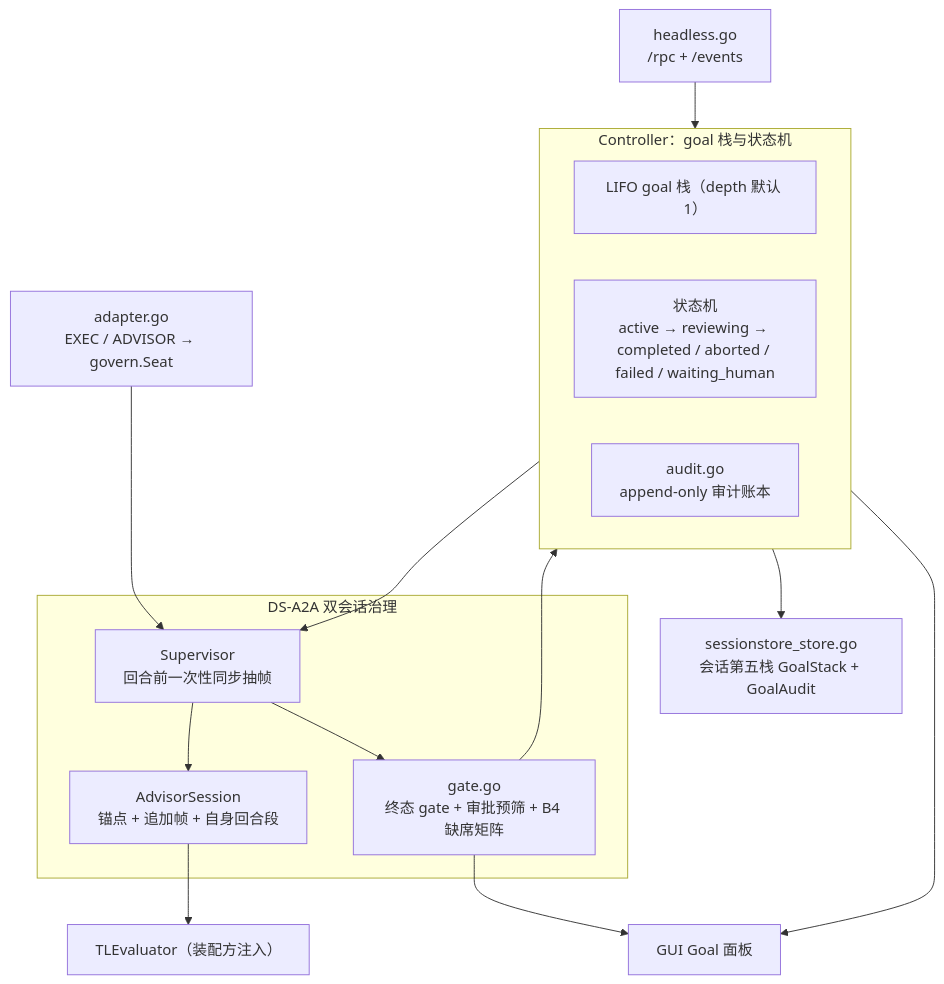
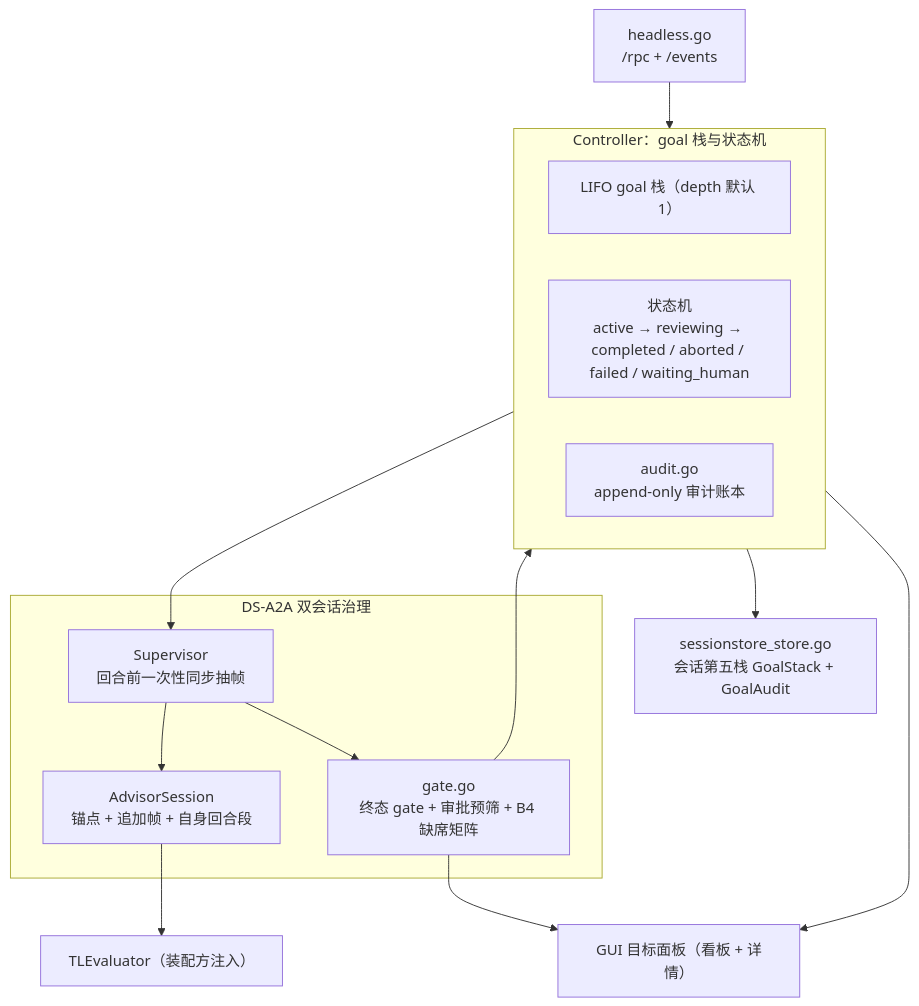
One commit to RedHuang-0622/seelex changed the first of 3 diagrams in application/core/goal/README.md. Above: the diagram before and after it, drawn with Mermaid. The commit also changed other lines of this file and 77 other files, not shown here.

First line of the commit message:
refactor(core,seelebridge,gui,tui,docs): goal 席位轮转彻底退场 + 旧 goal 残余整肃 + 工作台目标看板

````diff
--- a/application/core/goal/README.md
+++ b/application/core/goal/README.md
@@ -55,31 +58,29 @@
 ```mermaid
 flowchart TB
     subgraph CTRL["Controller：goal 栈与状态机"]
         STACK["LIFO goal 栈（depth 默认 1）"]
         SM["状态机<br/>active → reviewing → completed / aborted / failed / waiting_human"]
         AUDIT["audit.go<br/>append-only 审计账本"]
     end
 
     subgraph DSA2A["DS-A2A 双会话治理"]
         SUP["Supervisor<br/>回合前一次性同步抽帧"]
         ADV["AdvisorSession<br/>锚点 + 追加帧 + 自身回合段"]
         GATE["gate.go<br/>终态 gate + 审批预筛 + B4 缺席矩阵"]
     end
 
     STORE["sessionstore_store.go<br/>会话第五栈 GoalStack + GoalAudit"]
-    ADAPTER["adapter.go<br/>EXEC / ADVISOR → govern.Seat"]
     TL["TLEvaluator（装配方注入）"]
     HEADLESS["headless.go<br/>/rpc + /events"]
-    FE["GUI Goal 面板"]
+    FE["GUI 目标面板（看板 + 详情）"]
 
     HEADLESS --> CTRL
     CTRL --> STORE
     CTRL --> SUP
     SUP --> ADV
     ADV --> TL
     SUP --> GATE
     GATE --> CTRL
-    ADAPTER --> SUP
     CTRL --> FE
     GATE --> FE
 ```
````
